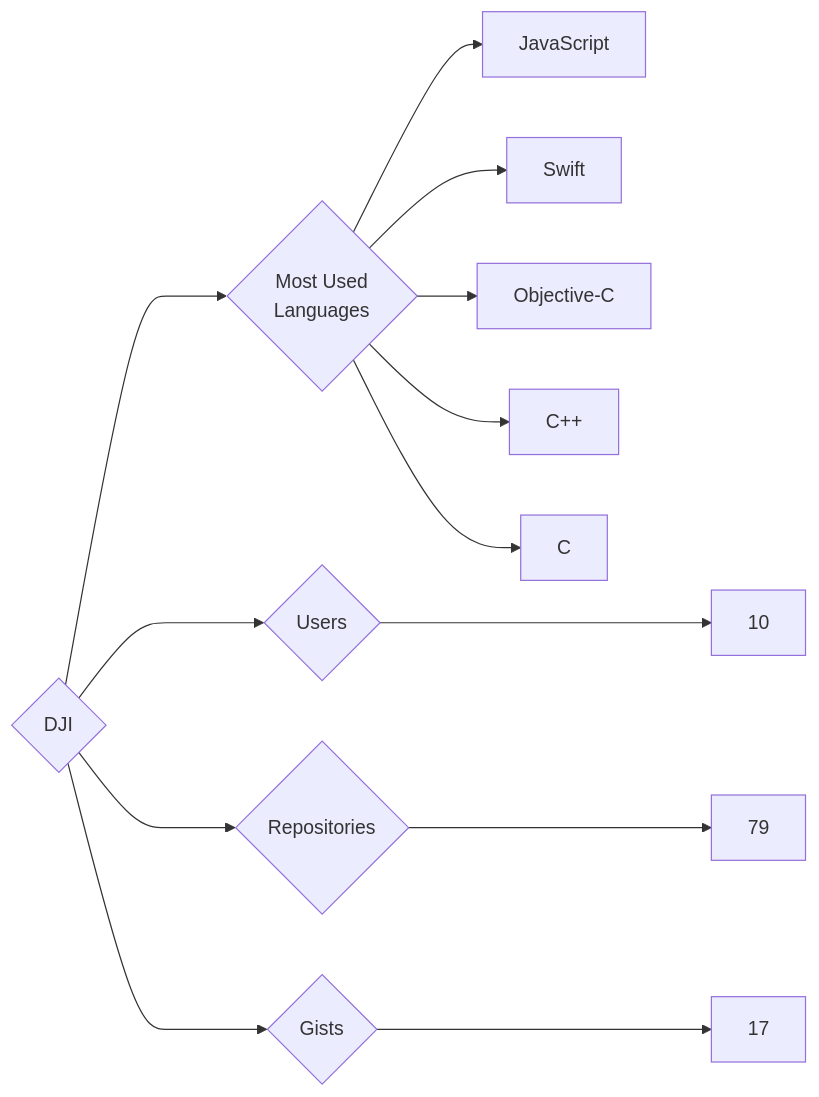
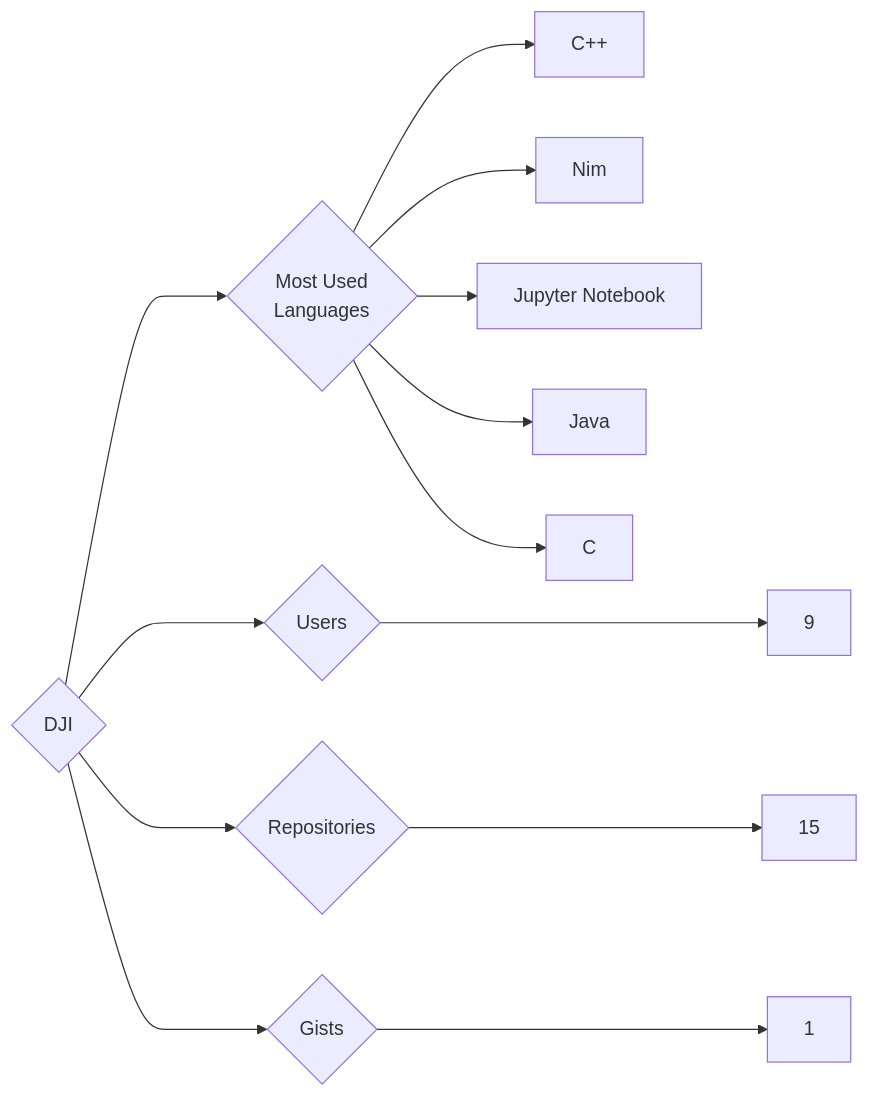
Before and after one commit to trickest/insiders: the diagram in targets/DJI/README.md, drawn with Mermaid. The commit also changed 860 other files, not shown here.

````diff
--- a/targets/DJI/README.md
+++ b/targets/DJI/README.md
@@ -3,13 +3,13 @@
 ```mermaid
 graph LR
 COMPANY_NAME{DJI}
-COMPANY_NAME ---> U{Users} ---> UN[10]
-COMPANY_NAME ---> R{Repositories} ---> RN[79]
-COMPANY_NAME ---> G{Gists} ---> GN[17]
+COMPANY_NAME ---> U{Users} ---> UN[9]
+COMPANY_NAME ---> R{Repositories} ---> RN[15]
+COMPANY_NAME ---> G{Gists} ---> GN[1]
 COMPANY_NAME ---> ML{Most Used<br>Languages}
-ML --> JavaScript[JavaScript]
-ML --> Swift[Swift]
-ML --> Objective-C[Objective-C]
 ML --> C++[C++]
+ML --> Nim[Nim]
+ML --> Jupyter_Notebook[Jupyter Notebook]
+ML --> Java[Java]
 ML --> C[C]
 ```
````
